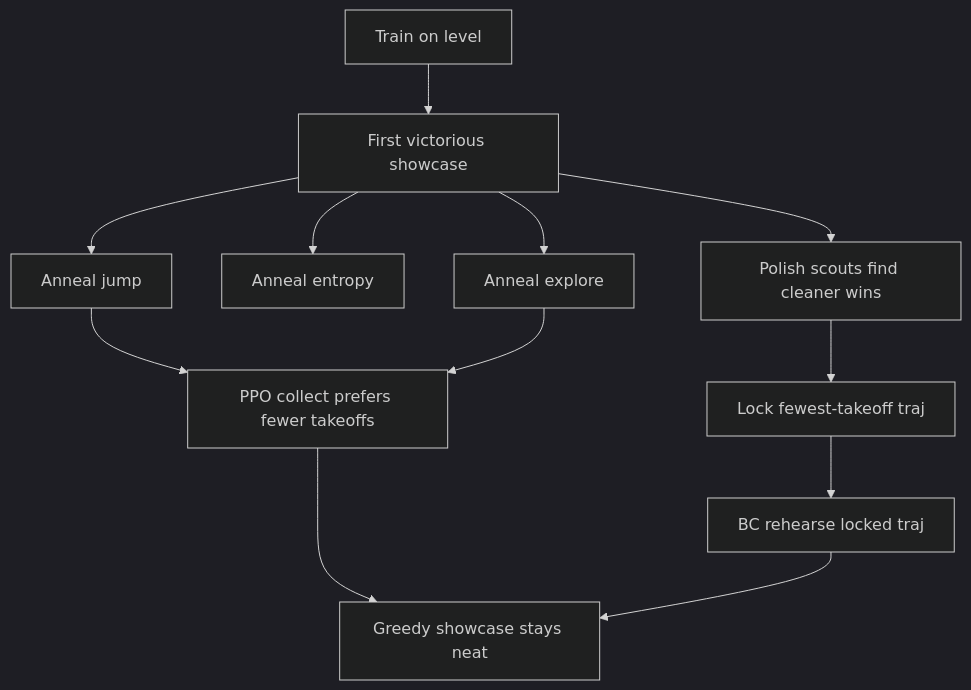
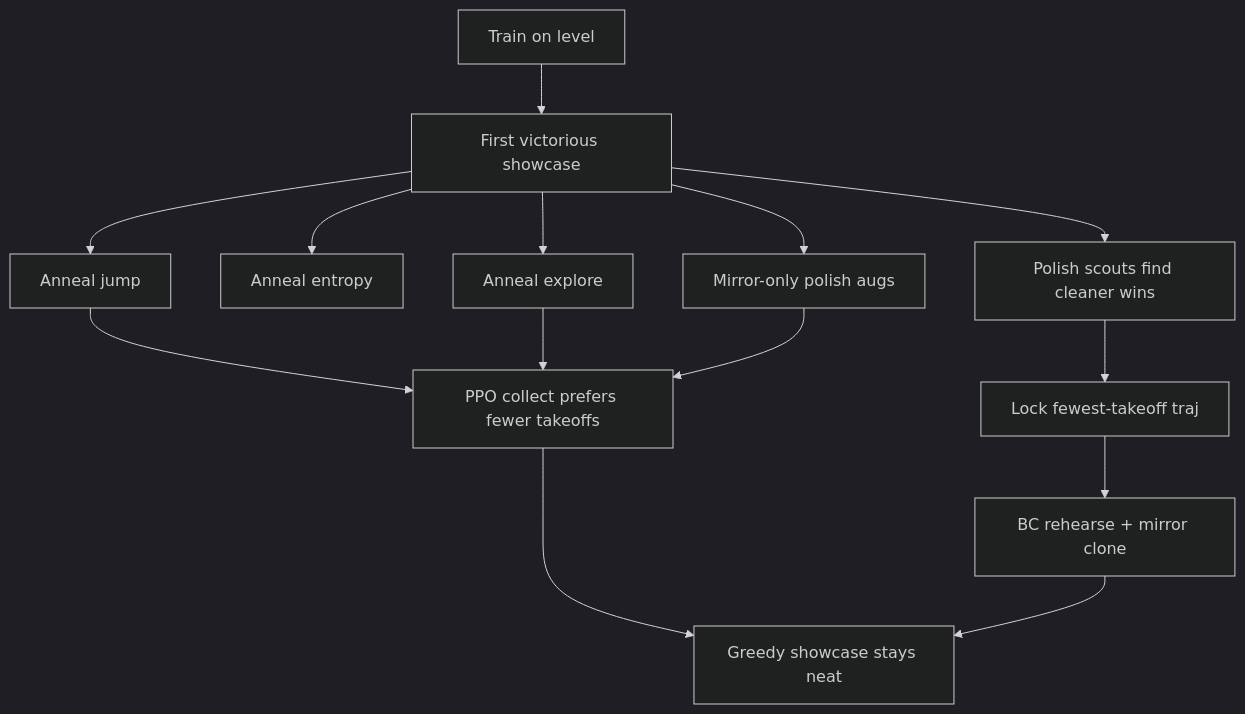
One commit to dante-ferr/ai-delver changed the second of 2 diagrams in docs/src/engineering/jump_polish_stage_b.md. Above: the diagram before and after it, drawn with Mermaid (dark theme). The commit also changed other lines of this file and 17 other files, not shown here.

First line of the commit message:
feat(intelligence): polish mirror augs and mirrored lock rehearsal

````diff
--- a/docs/src/engineering/jump_polish_stage_b.md
+++ b/docs/src/engineering/jump_polish_stage_b.md
@@ -100,14 +108,16 @@
 ```mermaid
 flowchart TD
   train["Train on level"] --> firstWin["First victorious showcase"]
   firstWin --> annealJ["Anneal jump"]
   firstWin --> annealE["Anneal entropy"]
   firstWin --> annealX["Anneal explore"]
+  firstWin --> polishAug["Mirror-only polish augs"]
   firstWin --> scout["Polish scouts find cleaner wins"]
   scout --> lock["Lock fewest-takeoff traj"]
   annealJ --> ppo["PPO collect prefers fewer takeoffs"]
   annealX --> ppo
-  lock --> bc["BC rehearse locked traj"]
+  polishAug --> ppo
+  lock --> bc["BC rehearse + mirror clone"]
   ppo --> sticky["Greedy showcase stays neat"]
   bc --> sticky
 ```
````
